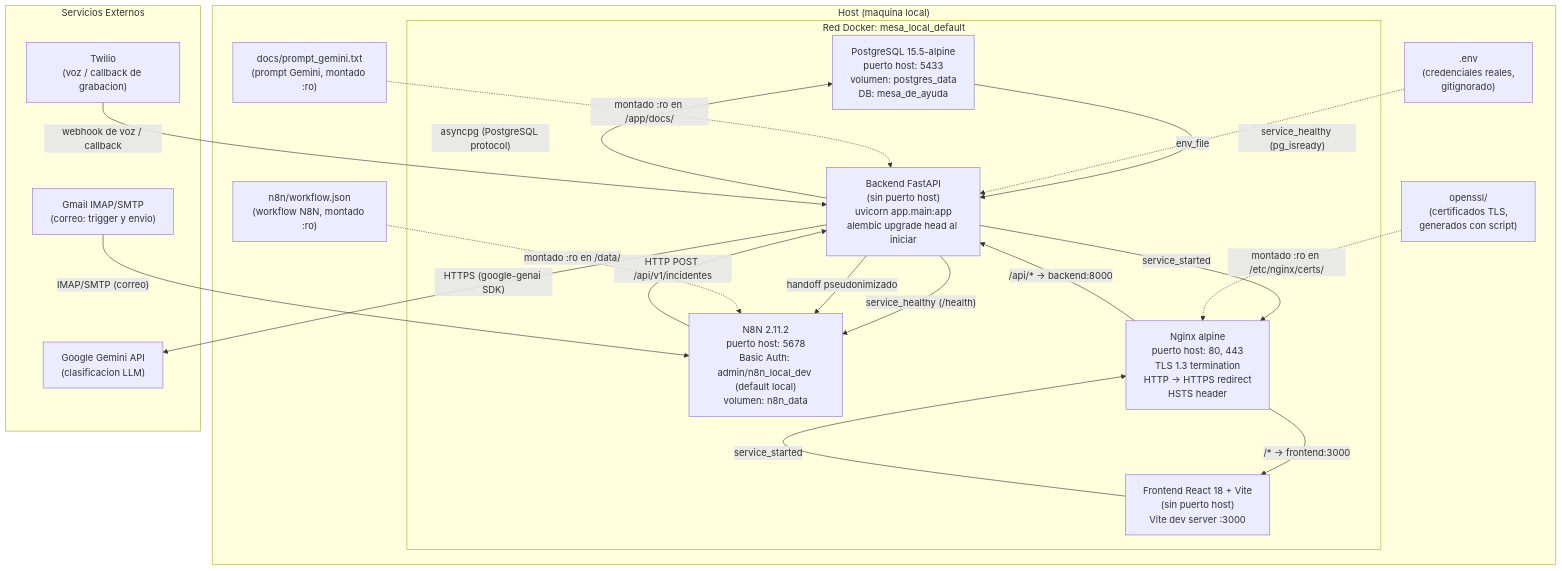
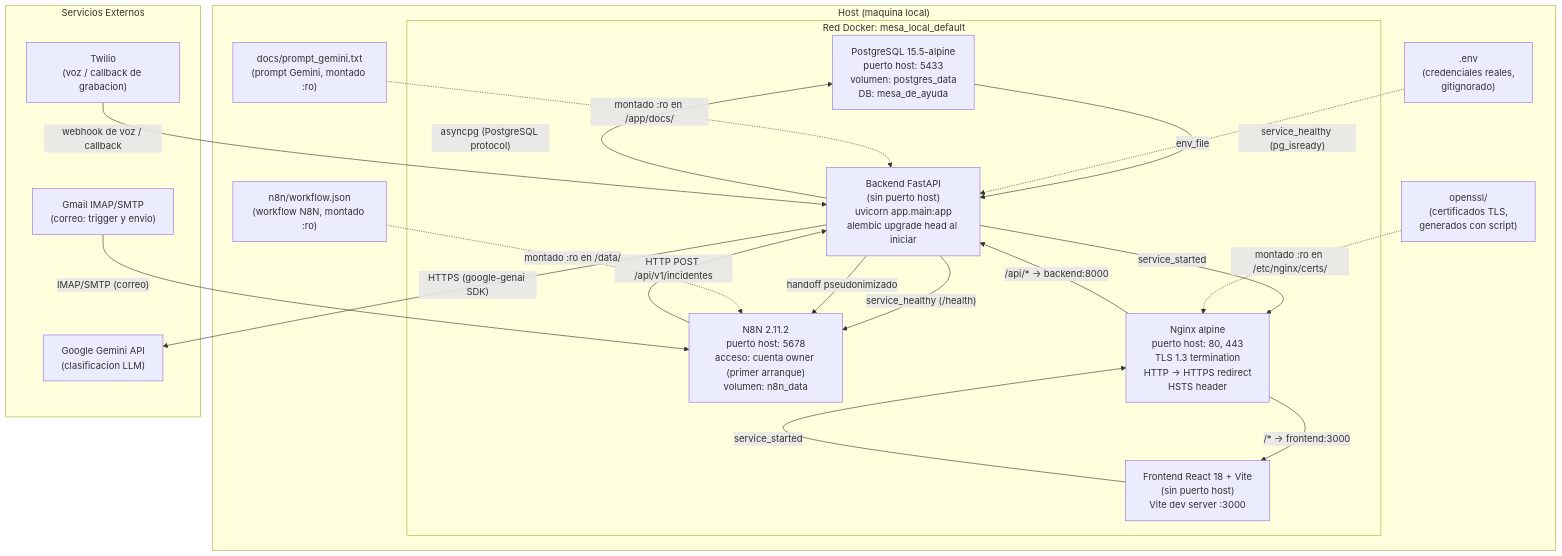
The diagram in docs/diagrams/despliegue.md (lucaGomezB/Automatizacion-de-Mesa-de-Ayuda-N8N), drawn with Mermaid before and after one commit. The commit also changed 15 other files, not shown here.

First line of the commit message:
fix(config): remover N8N_BASIC_AUTH_* vestigial y alinear la documentacion (c-98)

````diff
--- a/docs/diagrams/despliegue.md
+++ b/docs/diagrams/despliegue.md
@@ -10,49 +10,49 @@
 ```mermaid
 graph TD
     subgraph Host["Host (maquina local)"]
         subgraph Docker["Red Docker: mesa_local_default"]
             PG["PostgreSQL 15.5-alpine\npuerto host: 5433\nvolumen: postgres_data\nDB: mesa_de_ayuda"]
             BE["Backend FastAPI\n(sin puerto host)\nuvicorn app.main:app\nalembic upgrade head al iniciar"]
-            N8N["N8N 2.11.2\npuerto host: 5678\nBasic Auth: admin/n8n_local_dev (default local)\nvolumen: n8n_data"]
+            N8N["N8N 2.11.2\npuerto host: 5678\nacceso: cuenta owner (primer arranque)\nvolumen: n8n_data"]
             FE["Frontend React 18 + Vite\n(sin puerto host)\nVite dev server :3000"]
             NGX["Nginx alpine\npuerto host: 80, 443\nTLS 1.3 termination\nHTTP → HTTPS redirect\nHSTS header"]
         end
 
         ENV[".env\n(credenciales reales,\ngitignorado)"]
         WF["n8n/workflow.json\n(workflow N8N, montado :ro)"]
         PROMPT["docs/prompt_gemini.txt\n(prompt Gemini, montado :ro)"]
         CERTS["openssl/\n(certificados TLS,\ngenerados con script)"]
     end
 
     subgraph External["Servicios Externos"]
         GEMINI["Google Gemini API\n(clasificacion LLM)"]
         IMAP["Gmail IMAP/SMTP\n(correo: trigger y envio)"]
         TWILIO["Twilio\n(voz / callback de grabacion)"]
     end
 
     %% Dependencias de salud declaradas en el compose
     PG -- "service_healthy (pg_isready)" --> BE
     BE -- "service_healthy (/health)" --> N8N
     BE -- "service_started" --> NGX
     FE -- "service_started" --> NGX
 
     %% Comunicacion entre servicios
     BE -- "asyncpg (PostgreSQL protocol)" --> PG
     N8N -- "HTTP POST /api/v1/incidentes" --> BE
     BE -- "HTTPS (google-genai SDK)" --> GEMINI
 
     %% Nginx proxy rutas
     NGX -- "/api/* → backend:8000" --> BE
     NGX -- "/* → frontend:3000" --> FE
 
     %% Canales de entrada externos
     IMAP -- "IMAP/SMTP (correo)" --> N8N
     TWILIO -- "webhook de voz / callback" --> BE
     BE -- "handoff pseudonimizado" --> N8N
 
     %% Volumenes y archivos
     ENV -. "env_file" .-> BE
     WF -. "montado :ro en /data/" .-> N8N
     PROMPT -. "montado :ro en /app/docs/" .-> BE
     CERTS -. "montado :ro en /etc/nginx/certs/" .-> NGX
 ```
````
